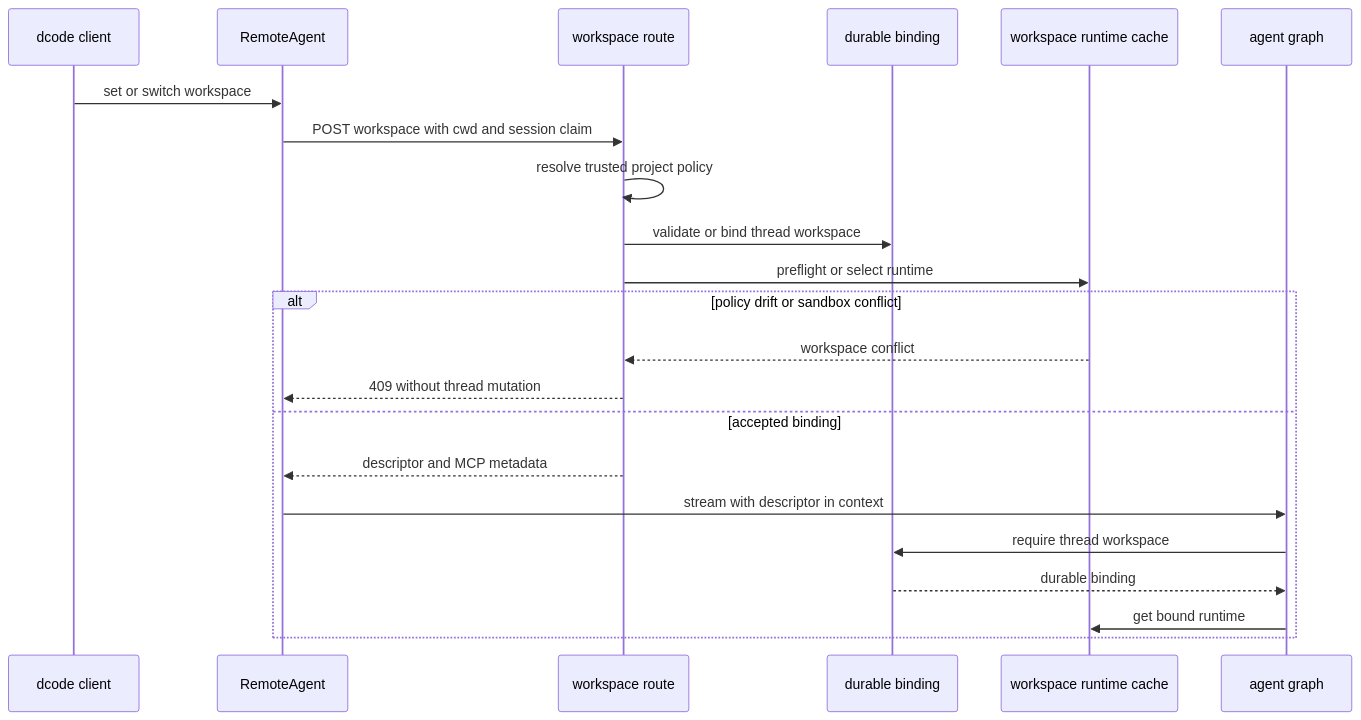
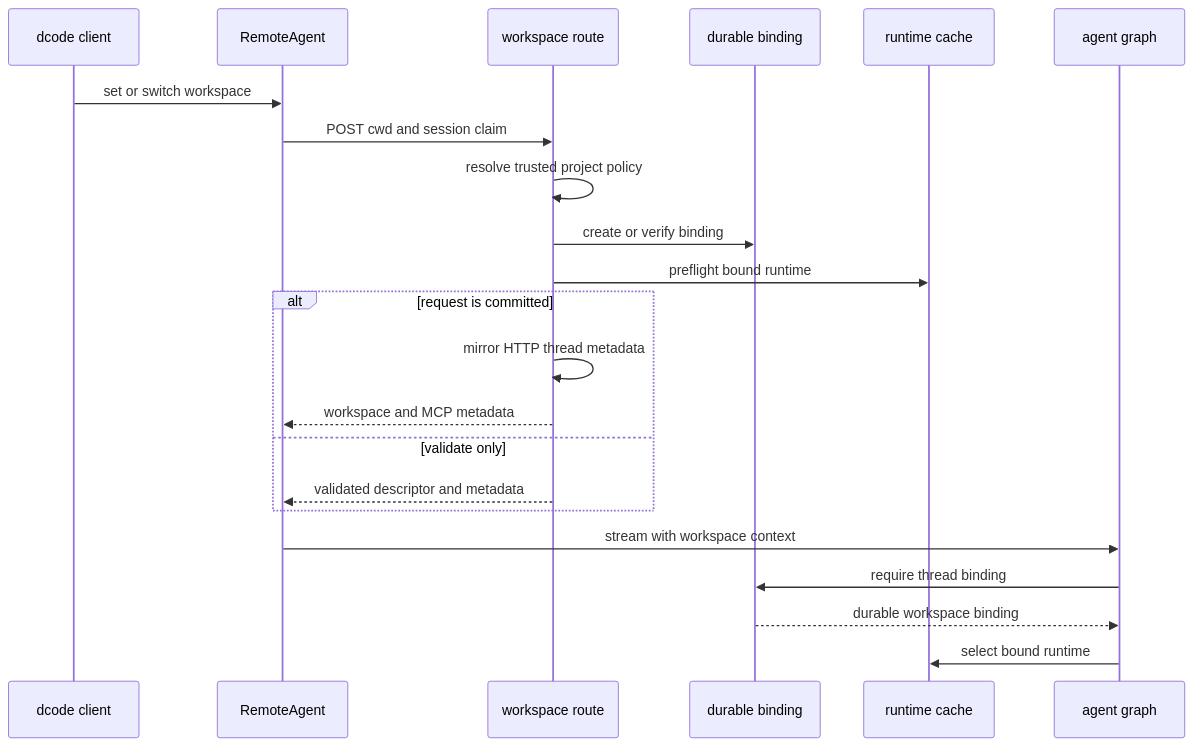
Before and after one commit to langchain-ai/deepagents: the diagram in openwiki/architecture/runtime-behavior.md, drawn with Mermaid. The commit also changed other lines of this file and 34 other files, not shown here.

````diff
--- a/openwiki/architecture/runtime-behavior.md
+++ b/openwiki/architecture/runtime-behavior.md
@@ -67,24 +71,24 @@
 ```mermaid
 sequenceDiagram
     participant Client as dcode client
     participant Remote as RemoteAgent
     participant Route as workspace route
     participant Binding as durable binding
-    participant Cache as workspace runtime cache
+    participant Cache as runtime cache
     participant Graph as agent graph
     Client->>Remote: set or switch workspace
-    Remote->>Route: POST workspace with cwd and session claim
+    Remote->>Route: POST cwd and session claim
     Route->>Route: resolve trusted project policy
-    Route->>Binding: validate or bind thread workspace
-    Route->>Cache: preflight or select runtime
-    alt policy drift or sandbox conflict
-        Cache-->>Route: workspace conflict
-        Route-->>Remote: 409 without thread mutation
-    else accepted binding
-        Route-->>Remote: descriptor and MCP metadata
-        Remote->>Graph: stream with descriptor in context
-        Graph->>Binding: require thread workspace
-        Binding-->>Graph: durable binding
-        Graph->>Cache: get bound runtime
+    Route->>Binding: create or verify binding
+    Route->>Cache: preflight bound runtime
+    alt request is committed
+        Route->>Route: mirror HTTP thread metadata
+        Route-->>Remote: workspace and MCP metadata
+    else validate only
+        Route-->>Remote: validated descriptor and metadata
     end
+    Remote->>Graph: stream with workspace context
+    Graph->>Binding: require thread binding
+    Binding-->>Graph: durable workspace binding
+    Graph->>Cache: select bound runtime
 ```
````
